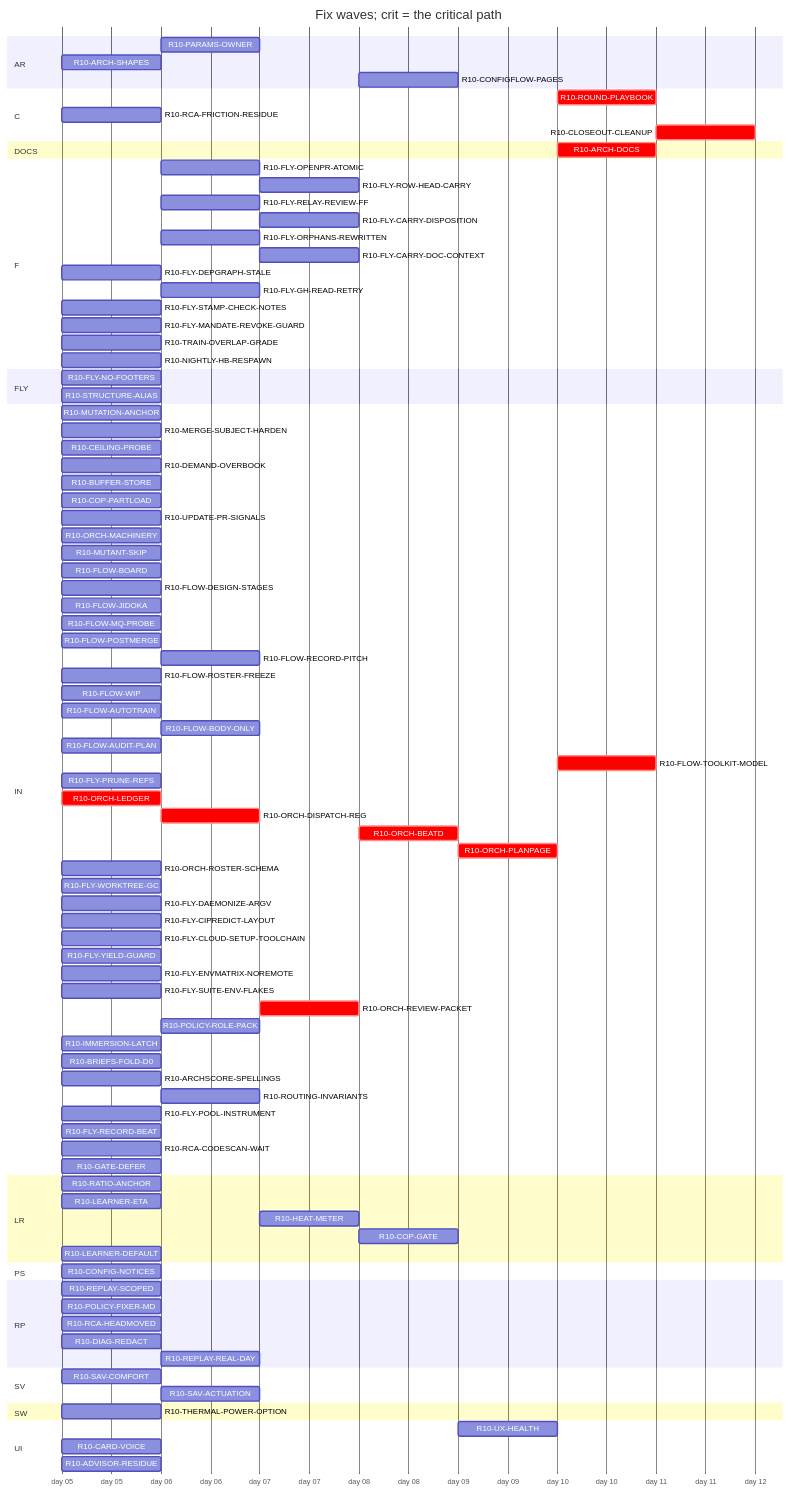
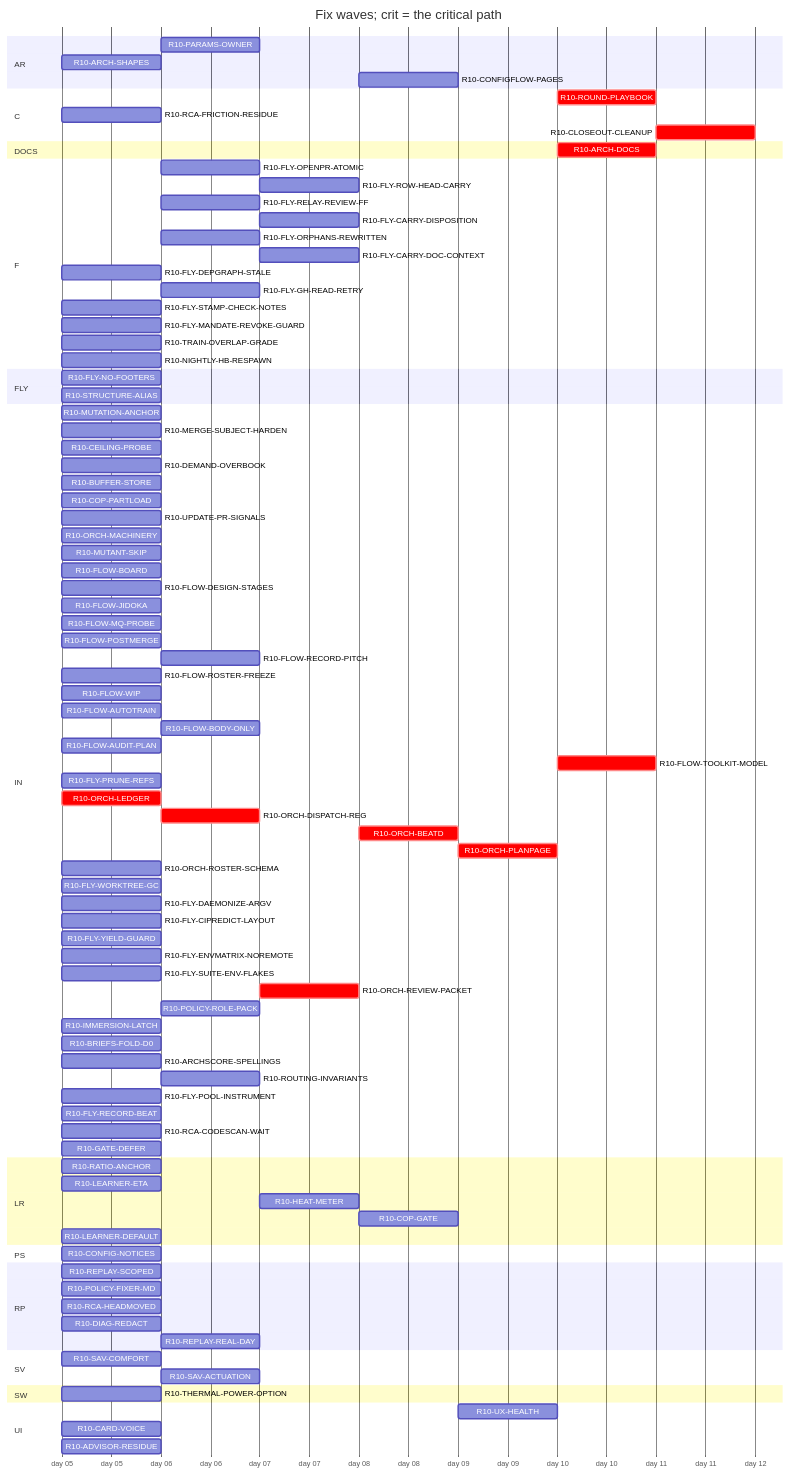
Before and after one commit to tvofi/heatpump_optimizer: the diagram in handoff/round10/state/PLAN-TABLE.md, drawn with Mermaid. The commit also changed other lines of this file and 2 other files, not shown here.

```diff
--- a/handoff/round10/state/PLAN-TABLE.md
+++ b/handoff/round10/state/PLAN-TABLE.md
@@ -36,7 +36,7 @@
     R10-RCA-FRICTION-RESIDUE :r10RCAFRICTIONRESIDUE, 2026-01-05, 1d
     R10-CLOSEOUT-CLEANUP :crit, r10CLOSEOUTCLEANUP, after r10FLYPRUNEREFS r10FLYWORKTREEGC r10ARCHDOCS r10ROUNDPLAYBOOK, 1d
   section DOCS
-    R10-ARCH-DOCS :crit, r10ARCHDOCS, after r10RATIOANCHOR r10CONFIGNOTICES r10PARAMSOWNER r10ARCHSHAPES r10LEARNERETA r10HEATMETER r10COPGATE r10UXHEALTH r10CONFIGFLOWPAGES r10REPLAYSCOPED r10POLICYFIXERMD r10RCAHEADMOVED r10SAVCOMFORT r10MUTATIONANCHOR r10MERGESUBJECTHARDEN r10CEILINGPROBE r10DEMANDOVERBOOK r10BUFFERSTORE r10COPPARTLOAD r10UPDATEPRSIGNALS r10CARDVOICE r10THERMALPOWEROPTION r10LEARNERDEFAULT r10MUTANTSKIP r10FLOWBOARD r10FLOWDESIGNSTAGES r10FLOWJIDOKA r10FLOWMQPROBE r10FLOWPOSTMERGE r10FLOWRECORDPITCH r10FLOWROSTERFREEZE r10FLOWWIP r10FLOWAUTOTRAIN r10FLOWBODYONLY r10FLYOPENPRATOMIC r10FLYROWHEADCARRY r10FLOWAUDITPLAN r10FLYRELAYREVIEWFF r10FLYCARRYDISPOSITION r10FLYORPHANSREWRITTEN r10FLYCARRYDOCCONTEXT r10FLYDEPGRAPHSTALE r10FLOWTOOLKITMODEL r10FLYSTAMPCHECKNOTES r10FLYMANDATEREVOKEGUARD r10RCAFRICTIONRESIDUE r10TRAINOVERLAPGRADE r10NIGHTLYHBRESPAWN r10FLYPRUNEREFS r10ORCHLEDGER r10ORCHDISPATCHREG r10ORCHBEATD r10ORCHPLANPAGE r10ORCHROSTERSCHEMA r10FLYWORKTREEGC r10FLYDAEMONIZEARGV r10FLYCIPREDICTLAYOUT r10FLYCLOUDSETUPTOOLCHAIN r10FLYYIELDGUARD r10FLYENVMATRIXNOREMOTE r10STRUCTUREALIAS r10ORCHREVIEWPACKET r10POLICYROLEPACK r10IMMERSIONLATCH r10DIAGREDACT r10ADVISORRESIDUE r10BRIEFSFOLDD0 r10REPLAYREALDAY r10ARCHSCORESPELLINGS r10ROUTINGINVARIANTS r10SAVACTUATION r10FLYPOOLINSTRUMENT r10FLYRECORDBEAT r10RCACODESCANWAIT r10GATEDEFER, 1d
+    R10-ARCH-DOCS :crit, r10ARCHDOCS, after r10RATIOANCHOR r10CONFIGNOTICES r10PARAMSOWNER r10ARCHSHAPES r10LEARNERETA r10HEATMETER r10COPGATE r10UXHEALTH r10CONFIGFLOWPAGES r10REPLAYSCOPED r10POLICYFIXERMD r10RCAHEADMOVED r10SAVCOMFORT r10MUTATIONANCHOR r10MERGESUBJECTHARDEN r10CEILINGPROBE r10DEMANDOVERBOOK r10BUFFERSTORE r10COPPARTLOAD r10UPDATEPRSIGNALS r10CARDVOICE r10THERMALPOWEROPTION r10LEARNERDEFAULT r10MUTANTSKIP r10FLOWBOARD r10FLOWDESIGNSTAGES r10FLOWJIDOKA r10FLOWMQPROBE r10FLOWPOSTMERGE r10FLOWRECORDPITCH r10FLOWROSTERFREEZE r10FLOWWIP r10FLOWAUTOTRAIN r10FLOWBODYONLY r10FLYOPENPRATOMIC r10FLYROWHEADCARRY r10FLOWAUDITPLAN r10FLYRELAYREVIEWFF r10FLYCARRYDISPOSITION r10FLYORPHANSREWRITTEN r10FLYCARRYDOCCONTEXT r10FLYDEPGRAPHSTALE r10FLOWTOOLKITMODEL r10FLYSTAMPCHECKNOTES r10FLYMANDATEREVOKEGUARD r10RCAFRICTIONRESIDUE r10TRAINOVERLAPGRADE r10NIGHTLYHBRESPAWN r10FLYPRUNEREFS r10ORCHLEDGER r10ORCHDISPATCHREG r10ORCHBEATD r10ORCHPLANPAGE r10ORCHROSTERSCHEMA r10FLYWORKTREEGC r10FLYDAEMONIZEARGV r10FLYCIPREDICTLAYOUT r10FLYYIELDGUARD r10FLYENVMATRIXNOREMOTE r10STRUCTUREALIAS r10ORCHREVIEWPACKET r10POLICYROLEPACK r10IMMERSIONLATCH r10DIAGREDACT r10ADVISORRESIDUE r10BRIEFSFOLDD0 r10REPLAYREALDAY r10ARCHSCORESPELLINGS r10ROUTINGINVARIANTS r10SAVACTUATION r10FLYPOOLINSTRUMENT r10FLYRECORDBEAT r10RCACODESCANWAIT r10GATEDEFER, 1d
   section F
     R10-FLY-OPENPR-ATOMIC :r10FLYOPENPRATOMIC, after r10UPDATEPRSIGNALS, 1d
     R10-FLY-ROW-HEAD-CARRY :r10FLYROWHEADCARRY, after r10FLYOPENPRATOMIC r10FLOWMQPROBE, 1d
@@ -84,7 +84,6 @@
     R10-FLY-WORKTREE-GC :r10FLYWORKTREEGC, 2026-01-05, 1d
     R10-FLY-DAEMONIZE-ARGV :r10FLYDAEMONIZEARGV, 2026-01-05, 1d
     R10-FLY-CIPREDICT-LAYOUT :r10FLYCIPREDICTLAYOUT, 2026-01-05, 1d
-    R10-FLY-CLOUD-SETUP-TOOLCHAIN :r10FLYCLOUDSETUPTOOLCHAIN, 2026-01-05, 1d
     R10-FLY-YIELD-GUARD :r10FLYYIELDGUARD, 2026-01-05, 1d
     R10-FLY-ENVMATRIX-NOREMOTE :r10FLYENVMATRIXNOREMOTE, 2026-01-05, 1d
     R10-FLY-SUITE-ENV-FLAKES :r10FLYSUITEENVFLAKES, 2026-01-05, 1d
```
